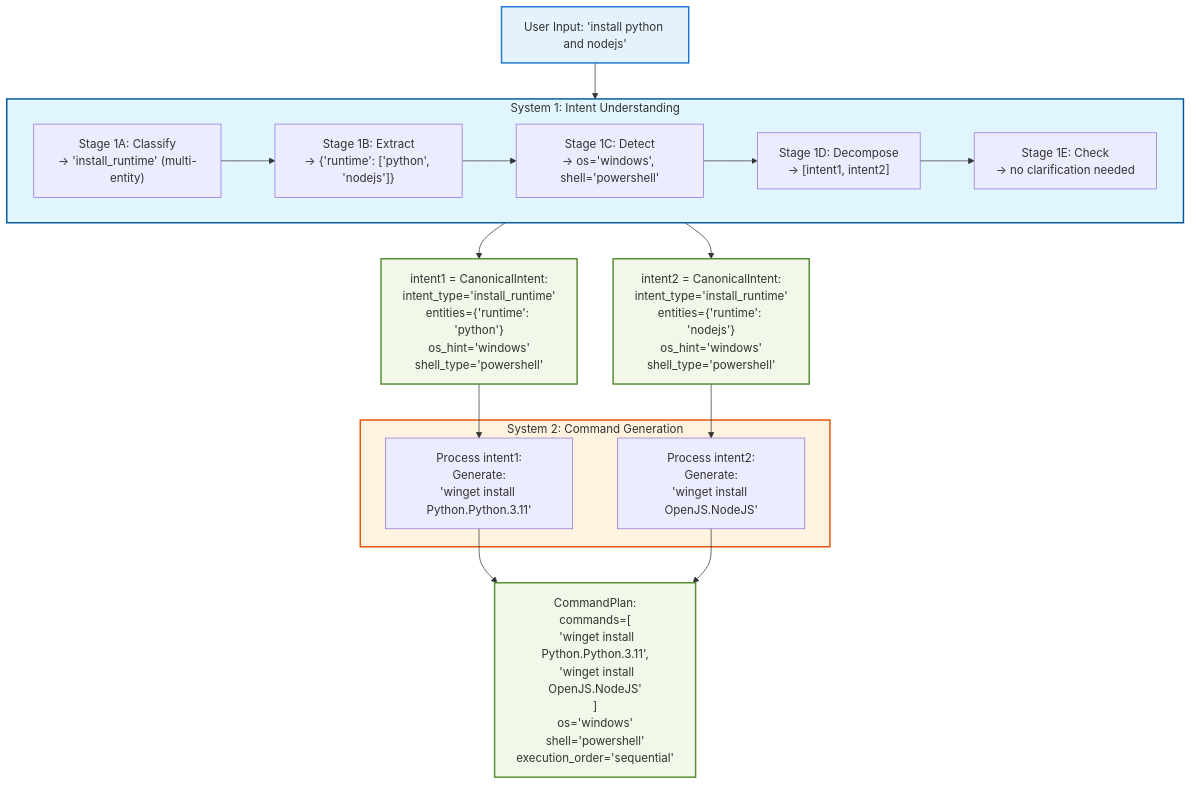
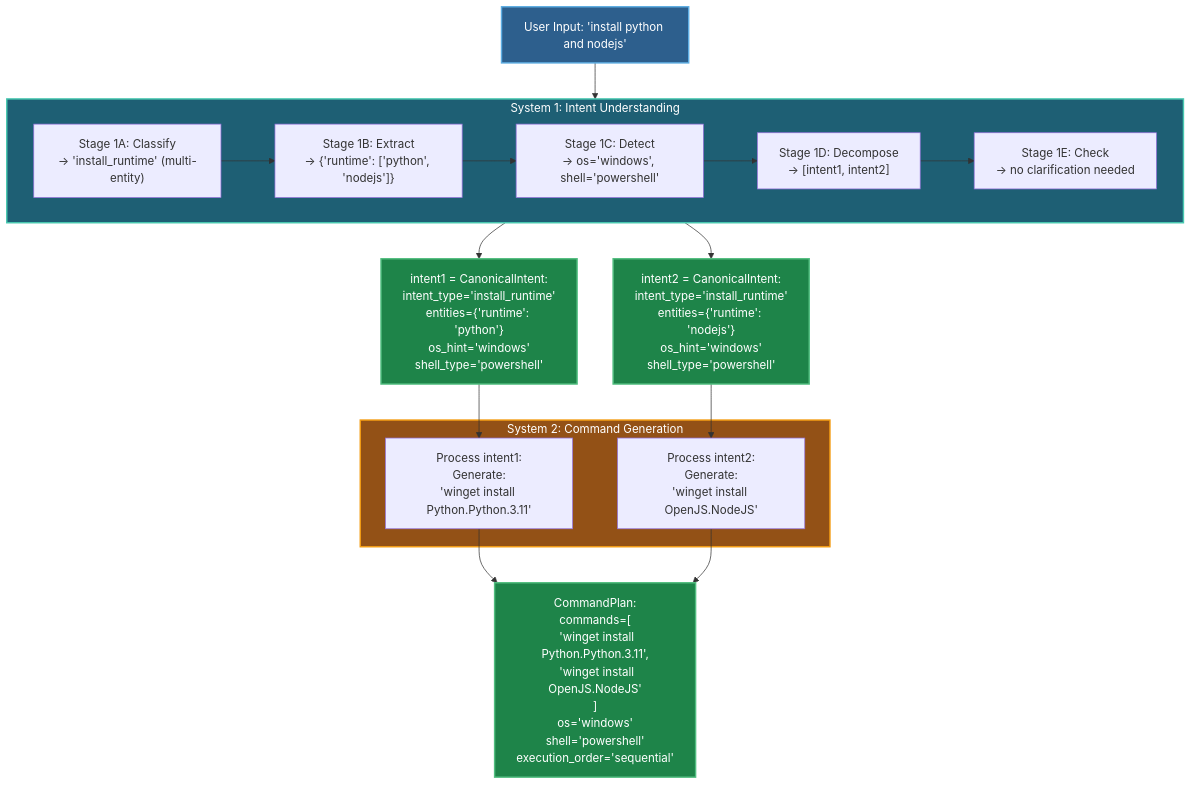
One commit to sumit-s-nair/contAIner changed the third of 3 diagrams in docs/integration/README.md. Above: the diagram before and after it, drawn with Mermaid. The commit also changed other lines of this file and 2 other files, not shown here.

Commit message:
docs: update architecture diagrams with new color scheme

````diff
--- a/docs/integration/README.md
+++ b/docs/integration/README.md
@@ -86,40 +86,40 @@
 ```mermaid
 flowchart TD
     Input["User Input: 'install python and nodejs'"]
     
     subgraph System1["System 1: Intent Understanding"]
         Stage1A["Stage 1A: Classify\n→ 'install_runtime' (multi-entity)"]
         Stage1B["Stage 1B: Extract\n→ {'runtime': ['python', 'nodejs']}"]
         Stage1C["Stage 1C: Detect\n→ os='windows', shell='powershell'"]
         Stage1D["Stage 1D: Decompose\n→ [intent1, intent2]"]
         Stage1E["Stage 1E: Check\n→ no clarification needed"]
         
         Stage1A --> Stage1B --> Stage1C --> Stage1D --> Stage1E
     end
     
     Intent1["intent1 = CanonicalIntent:\nintent_type='install_runtime'\nentities={'runtime': 'python'}\nos_hint='windows'\nshell_type='powershell'"]
     
     Intent2["intent2 = CanonicalIntent:\nintent_type='install_runtime'\nentities={'runtime': 'nodejs'}\nos_hint='windows'\nshell_type='powershell'"]
     
     subgraph System2["System 2: Command Generation"]
         Process1["Process intent1:\nGenerate:\n'winget install Python.Python.3.11'"]
         Process2["Process intent2:\nGenerate:\n'winget install OpenJS.NodeJS'"]
     end
     
     Output["CommandPlan:\ncommands=[\n  'winget install Python.Python.3.11',\n  'winget install OpenJS.NodeJS'\n]\nos='windows'\nshell='powershell'\nexecution_order='sequential'"]
     
     Input --> System1
     System1 --> Intent1
     System1 --> Intent2
     Intent1 --> Process1
     Intent2 --> Process2
     Process1 --> Output
     Process2 --> Output
     
-    style Input fill:#e3f2fd,stroke:#1976d2,stroke-width:2px
-    style System1 fill:#e1f5fe,stroke:#01579b,stroke-width:2px
-    style Intent1 fill:#f1f8e9,stroke:#558b2f,stroke-width:2px
-    style Intent2 fill:#f1f8e9,stroke:#558b2f,stroke-width:2px
-    style System2 fill:#fff3e0,stroke:#e65100,stroke-width:2px
-    style Output fill:#f1f8e9,stroke:#558b2f,stroke-width:2px
+    style Input fill:#2d5f8d,stroke:#5dade2,stroke-width:2px,color:#fff
+    style System1 fill:#1e5f74,stroke:#48c9b0,stroke-width:2px,color:#fff
+    style Intent1 fill:#1e8449,stroke:#52be80,stroke-width:2px,color:#fff
+    style Intent2 fill:#1e8449,stroke:#52be80,stroke-width:2px,color:#fff
+    style System2 fill:#935116,stroke:#f39c12,stroke-width:2px,color:#fff
+    style Output fill:#1e8449,stroke:#52be80,stroke-width:2px,color:#fff
 ```
````
